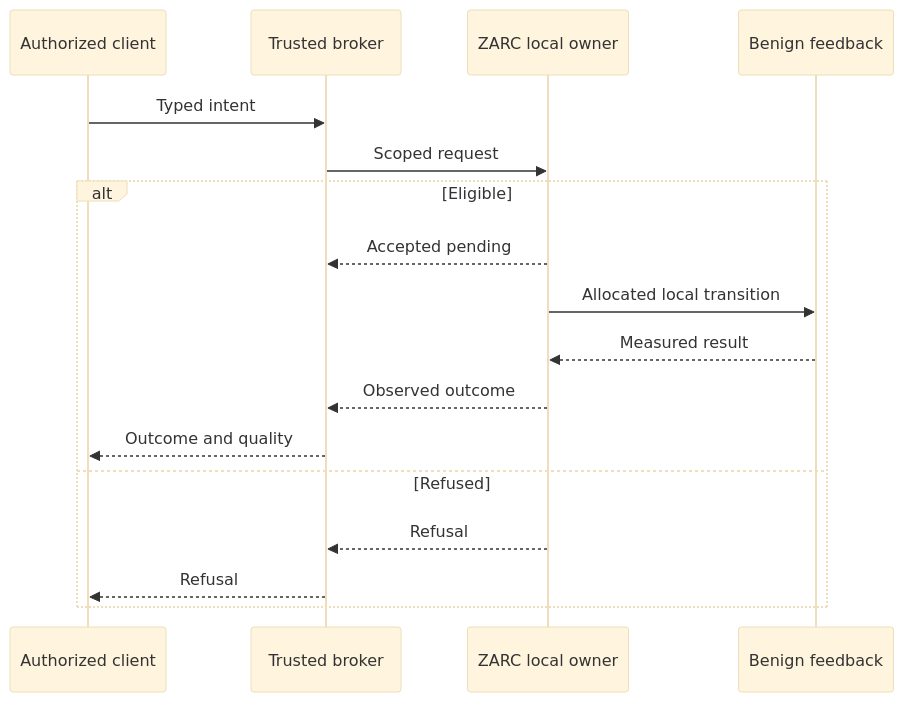
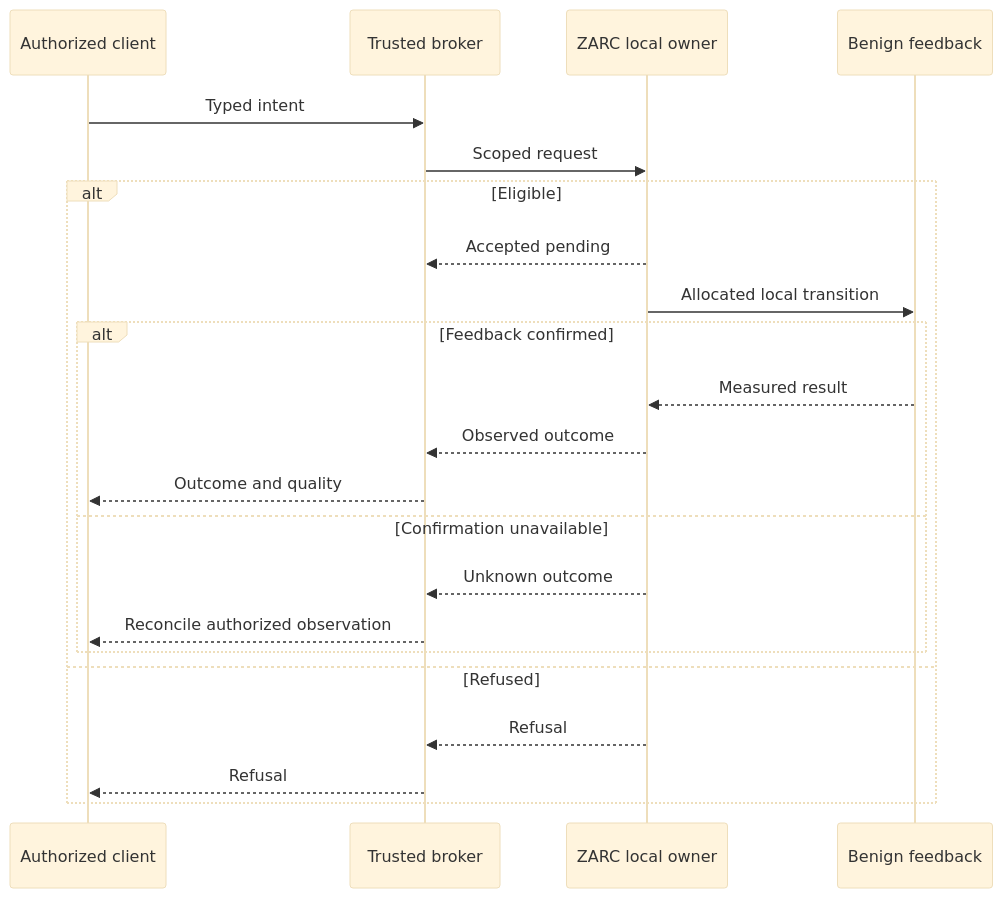
One commit to susmithmrm/ZARC changed the diagram in docs/architecture/diagrams/D21.mmd. Above: the diagram before and after it, drawn with Mermaid (base theme). The commit also changed 10 other files, not shown here.

Commit message:
Synchronize lifecycle diagrams and public design-phase pages with Z12

```diff
--- a/docs/architecture/diagrams/D21.mmd
+++ b/docs/architecture/diagrams/D21.mmd
@@ -1,17 +1,22 @@
 sequenceDiagram
   participant A as Authorized client
   participant B as Trusted broker
   participant C as ZARC local owner
   participant F as Benign feedback
   A->>B: Typed intent
   B->>C: Scoped request
   alt Eligible
     C-->>B: Accepted pending
     C->>F: Allocated local transition
-    F-->>C: Measured result
-    C-->>B: Observed outcome
-    B-->>A: Outcome and quality
+    alt Feedback confirmed
+      F-->>C: Measured result
+      C-->>B: Observed outcome
+      B-->>A: Outcome and quality
+    else Confirmation unavailable
+      C-->>B: Unknown outcome
+      B-->>A: Reconcile authorized observation
+    end
   else Refused
     C-->>B: Refusal
     B-->>A: Refusal
   end
```
